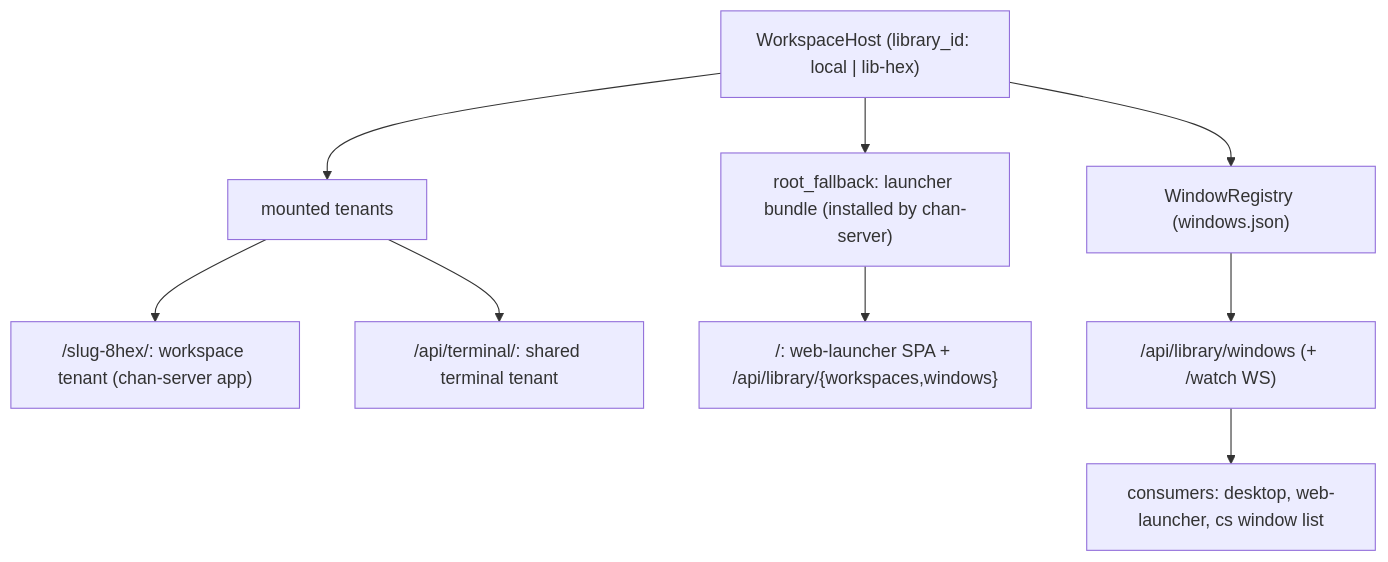
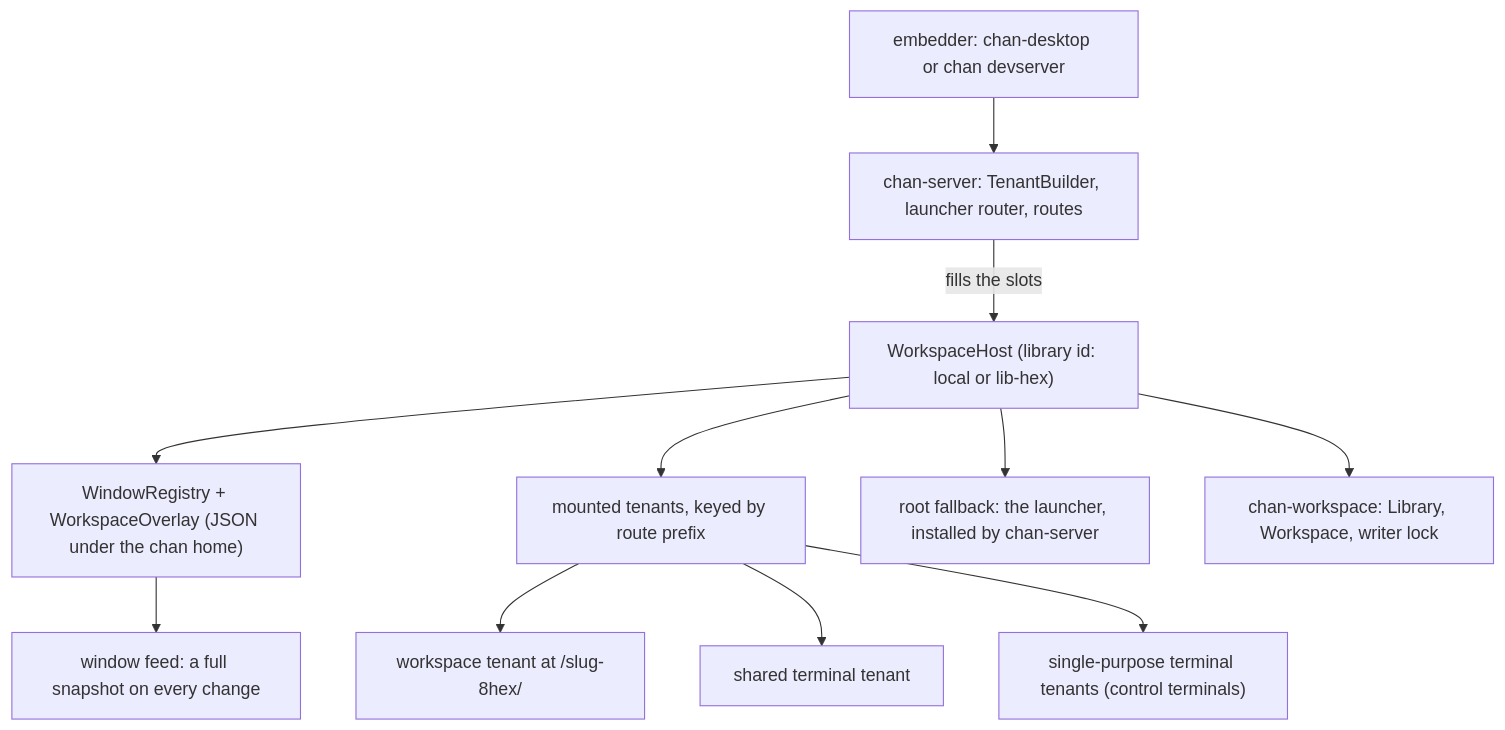
Before and after one commit to fiorix/chan: the first of 3 diagrams in crates/chan-library/design.md, drawn with Mermaid. The commit also changed other lines of this file and 10 other files, not shown here.

````diff
--- a/crates/chan-library/design.md
+++ b/crates/chan-library/design.md
@@ -15,12 +19,24 @@
 ```mermaid
 flowchart TB
-  Host["WorkspaceHost (library_id: local | lib-hex)"]
-  Host --> Reg["WindowRegistry (windows.json)"]
-  Host --> Mounts["mounted tenants"]
-  Host --> Root["root_fallback: launcher bundle (installed by chan-server)"]
-  Mounts --> WsT["/slug-8hex/: workspace tenant (chan-server app)"]
-  Mounts --> TermT["/api/terminal/: shared terminal tenant"]
-  Root --> Launch["/: web-launcher SPA + /api/library/{workspaces,windows}"]
-  Reg --> Feed["/api/library/windows (+ /watch WS)"]
-  Feed --> Consumers["consumers: desktop, web-launcher, cs window list"]
+  Embedder["embedder: chan-desktop or chan devserver"]
+  Server["chan-server: TenantBuilder, launcher router, routes"]
+  Host["WorkspaceHost (library id: local or lib-hex)"]
+  Stores["WindowRegistry + WorkspaceOverlay (JSON under the chan home)"]
+  Mounts["mounted tenants, keyed by route prefix"]
+  WsT["workspace tenant at /slug-8hex/"]
+  TermT["shared terminal tenant"]
+  CtlT["single-purpose terminal tenants (control terminals)"]
+  Root["root fallback: the launcher, installed by chan-server"]
+  Feed["window feed: a full snapshot on every change"]
+  Core["chan-workspace: Library, Workspace, writer lock"]
+  Embedder --> Server
+  Server -->|"fills the slots"| Host
+  Host --> Stores
+  Host --> Mounts
+  Host --> Root
+  Mounts --> WsT
+  Mounts --> TermT
+  Mounts --> CtlT
+  Stores --> Feed
+  Host --> Core
 ```
````
